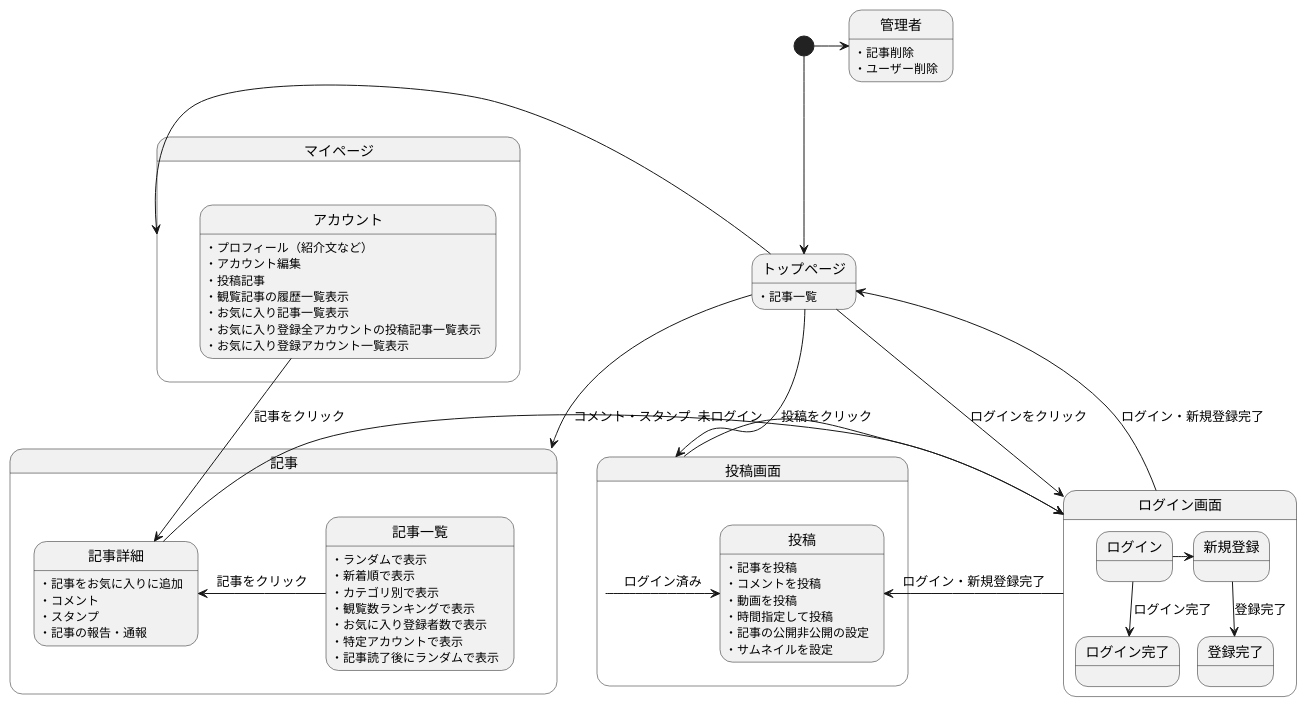
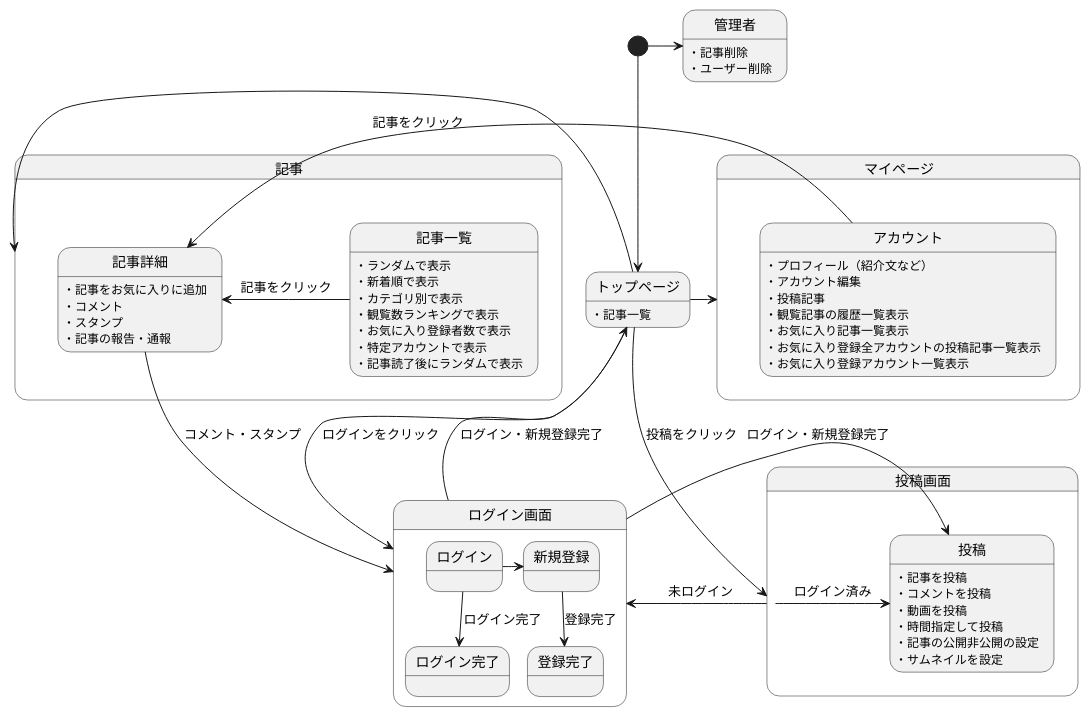
One commit to Aso2001001/2022System changed the diagram in 後期画面遷移.md. Above: the diagram before and after it, drawn with PlantUML.

````diff
--- a/後期画面遷移.md
+++ b/後期画面遷移.md
@@ -1,76 +1,76 @@
 ```uml
 @startuml
 [*] --> トップページ
 
 
-トップページ -down-> 記事
+トップページ -> 記事
 トップページ -left-> マイページ
 トップページ -> 投稿画面 : 投稿をクリック
 
 トップページ:・記事一覧
 
 トップページ -down-> ログイン画面 : ログインをクリック
 
 ログイン画面 -> トップページ : ログイン・新規登録完了
 
 state ログイン画面{
 ログイン -> 新規登録
 ログイン -down-> ログイン完了 : ログイン完了
 新規登録 -down-> 登録完了 : 登録完了
 }
 
 state 記事{
 記事一覧 -left-> 記事詳細 : 記事をクリック
 記事詳細 -> ログイン画面 :コメント・スタンプ
 
 記事一覧:・ランダムで表示
 記事一覧:・新着順で表示
 記事一覧:・カテゴリ別で表示
 記事一覧:・観覧数ランキングで表示
 記事一覧:・お気に入り登録者数で表示
 記事一覧:・特定アカウントで表示
 記事一覧:・記事読了後にランダムで表示
 
 記事詳細:・記事をお気に入りに追加
 記事詳細:・コメント
 記事詳細:・スタンプ
 記事詳細:・記事の報告・通報
 
 }
 
 state 投稿画面{
 投稿画面 -> ログイン画面 : 未ログイン
 投稿画面 -> 投稿 : ログイン済み
 ログイン画面 -> 投稿 :ログイン・新規登録完了
 
 投稿:・記事を投稿
 投稿:・コメントを投稿
 投稿:・動画を投稿
 投稿:・時間指定して投稿
 投稿:・記事の公開非公開の設定
 投稿:・サムネイルを設定
 
 }
 
 state マイページ{
 
 アカウント -> 記事詳細 : 記事をクリック
 
 アカウント:・プロフィール（紹介文など）
 アカウント:・アカウント編集
 アカウント:・投稿記事
 アカウント:・観覧記事の履歴一覧表示
 アカウント:・お気に入り記事一覧表示
 アカウント:・お気に入り登録全アカウントの投稿記事一覧表示
 アカウント:・お気に入り登録アカウント一覧表示
 
 }
 
 
 [*] -right-> 管理者
 管理者:・記事削除
 管理者:・ユーザー削除
 
 
 @enduml
 ```
````
